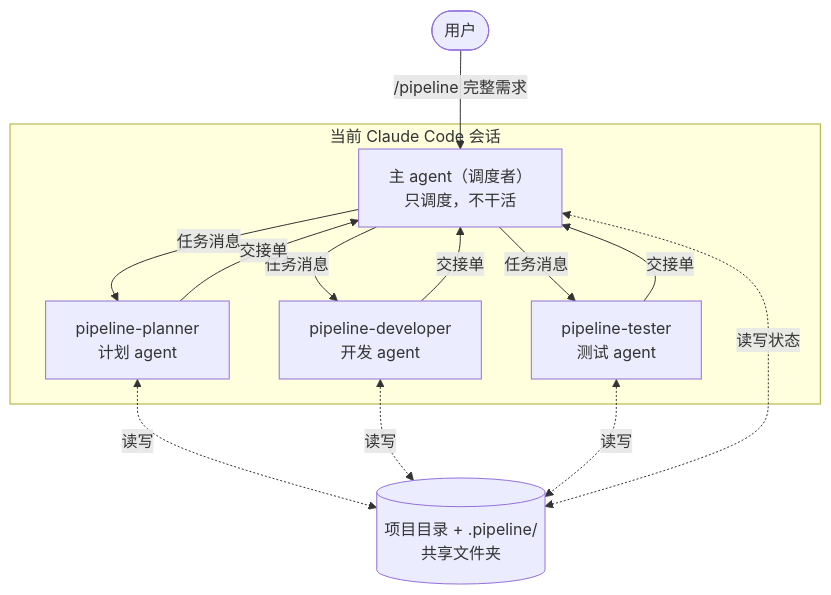
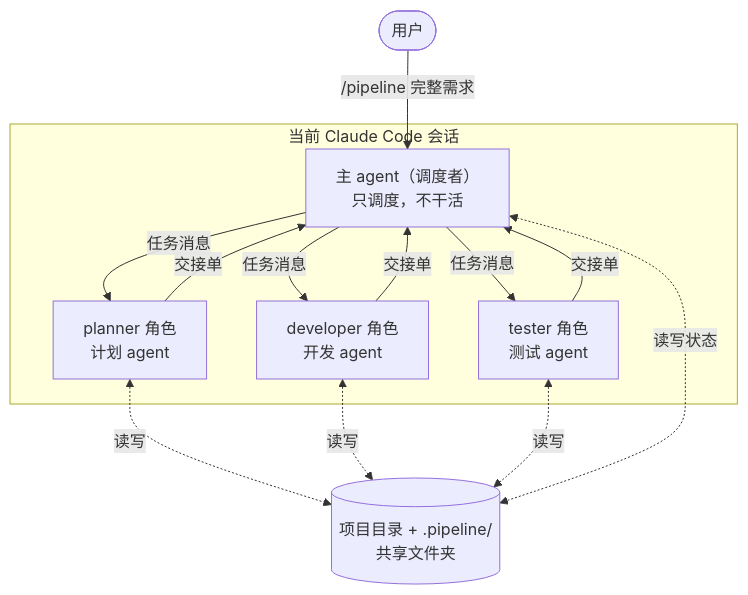
Before and after one commit to ELjagi623/claude-pipeline-skill: the first of 2 diagrams in docs/设计说明.md, drawn with Mermaid. The commit also changed other lines of this file and 8 other files, not shown here.

````diff
--- a/docs/设计说明.md
+++ b/docs/设计说明.md
@@ -22,25 +22,25 @@
 ```mermaid
 flowchart TB
     U([用户]) -- "/pipeline 完整需求" --> M
 
     subgraph S[当前 Claude Code 会话]
         M["主 agent（调度者）<br/>只调度，不干活"]
-        P["pipeline-planner<br/>计划 agent"]
-        D["pipeline-developer<br/>开发 agent"]
-        T["pipeline-tester<br/>测试 agent"]
+        P["planner 角色<br/>计划 agent"]
+        D["developer 角色<br/>开发 agent"]
+        T["tester 角色<br/>测试 agent"]
     end
 
     F[("项目目录 + .pipeline/<br/>共享文件夹")]
 
     M -- 任务消息 --> P
     M -- 任务消息 --> D
     M -- 任务消息 --> T
     P -- 交接单 --> M
     D -- 交接单 --> M
     T -- 交接单 --> M
 
     P <-. 读写 .-> F
     D <-. 读写 .-> F
     T <-. 读写 .-> F
     M <-. 读写状态 .-> F
 ```
````
